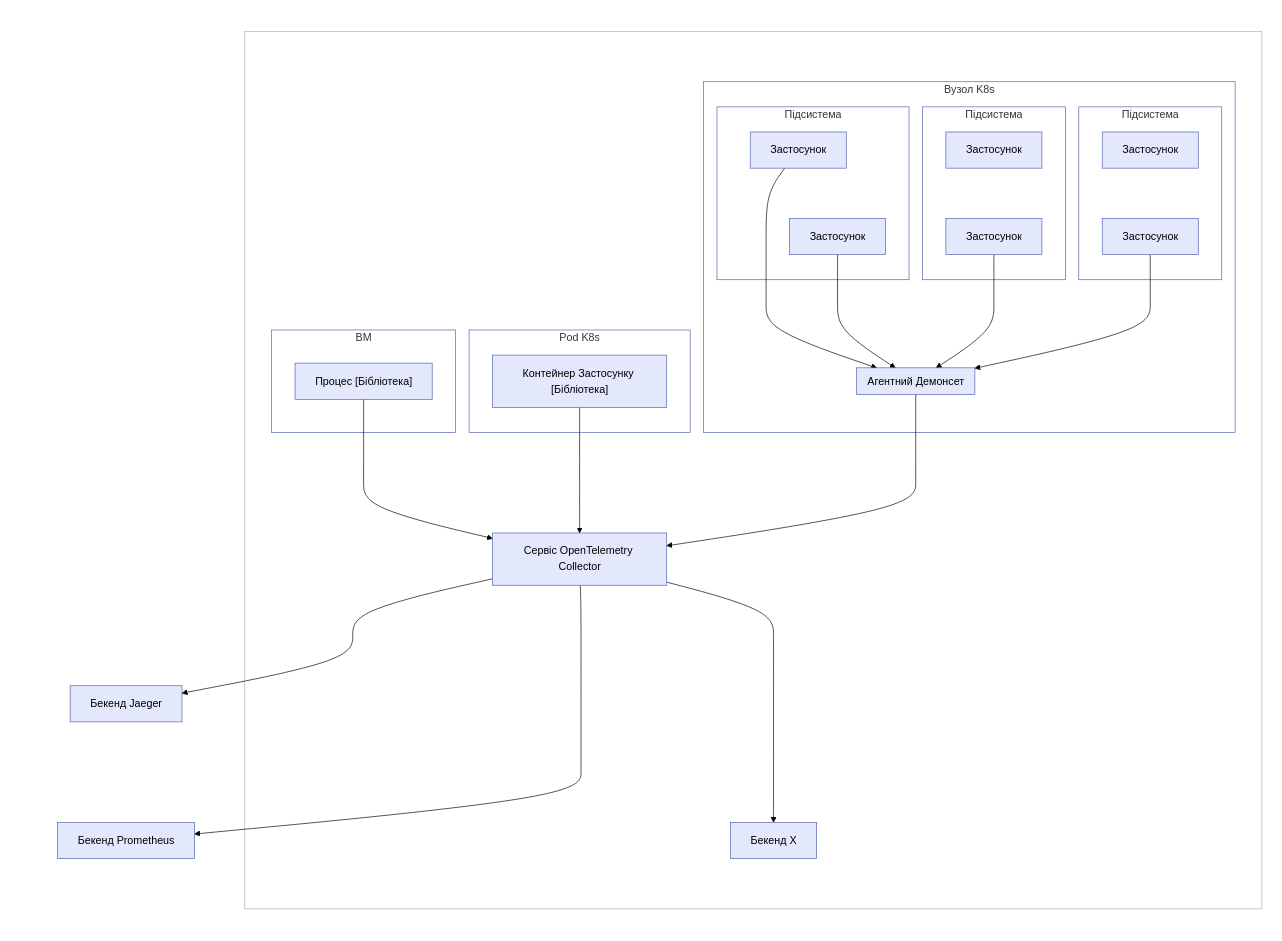
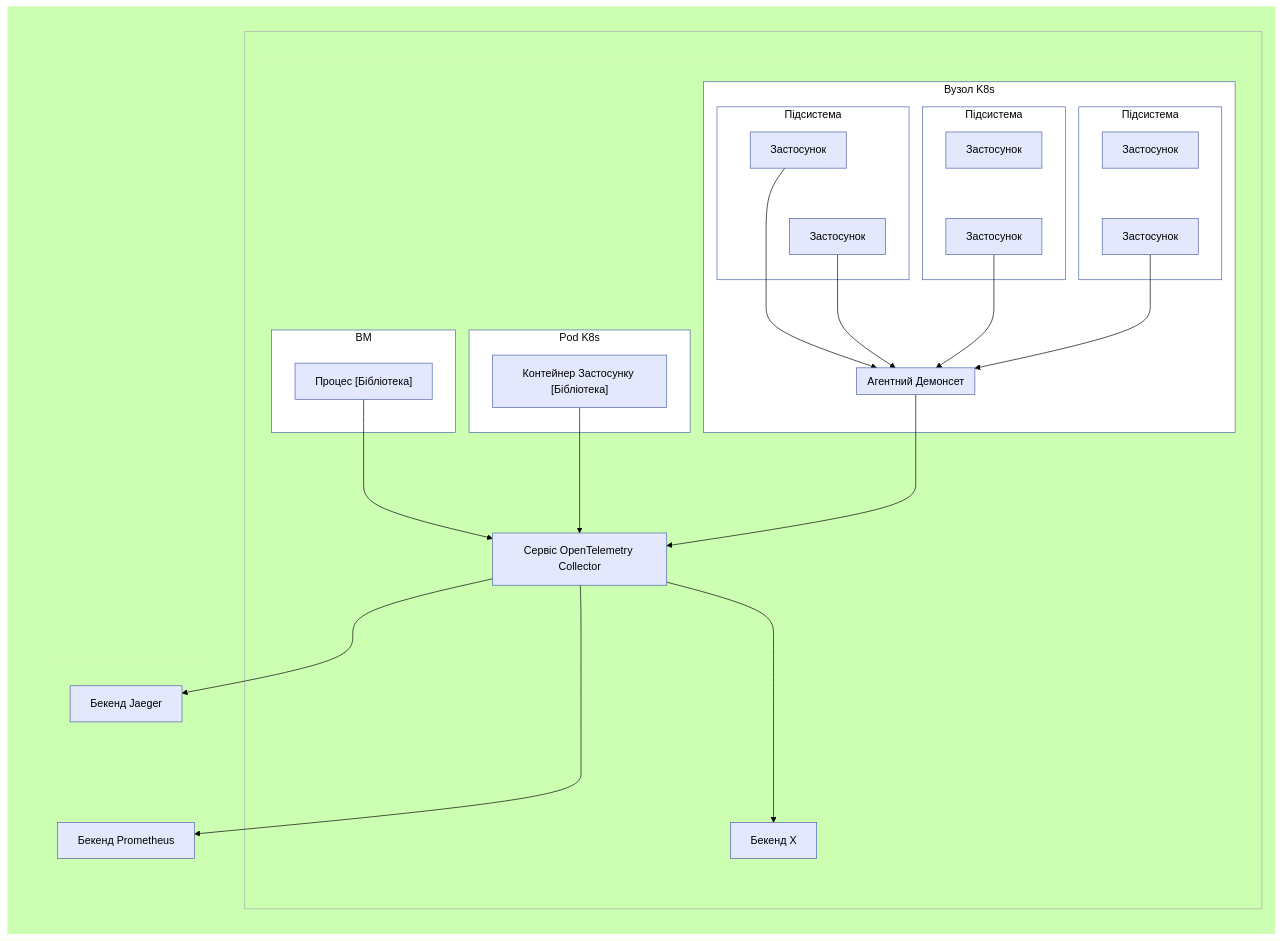
Before and after one commit to open-telemetry/opentelemetry.io: the seventh of 7 diagrams in content/uk/docs/collector/architecture.md, drawn with Mermaid (forest theme). The commit also changed other lines of this file and 191 other files, not shown here.

````diff
--- a/content/uk/docs/collector/architecture.md
+++ b/content/uk/docs/collector/architecture.md
@@ -283,58 +271,58 @@
 ```mermaid
 flowchart LR
-    subgraph S1 ["#nbsp;"]
-        subgraph S2 ["#nbsp;"]
+  subgraph S1 ["#nbsp;"]
+      subgraph S2 ["#nbsp;"]
         subgraph S3 ["#nbsp;"]
-        subgraph VM [ВМ]
-            PR["Процес [Бібліотека]"]
-        end
-        subgraph K8s-pod [Pod K8s]
-            AC["`Контейнер Застосунку [Бібліотека]`"]
-        end
-        subgraph K8s-node [Вузол K8s]
-            subgraph Pod1 [Підсистема]
-                APP1[Застосунок] ~~~ APP2[Застосунок]
-            end
-            subgraph Pod2 [Підсистема]
-                APP3[Застосунок] ~~~ APP4[Застосунок]
-            end
-            subgraph Pod3 [Підсистема]
-                APP5[Застосунок] ~~~ APP6[Застосунок]
-            end
-            subgraph AD [Агентний Демонсет]
-            end
-            APP1 --> AD
-            APP2 --> AD
-            APP4 --> AD
-            APP6 --> AD
-        end
+          subgraph VM [ВМ]
+              PR["Процес [Бібліотека]"]
+          end
+          subgraph K8s-pod [Pod K8s]
+              AC["`Контейнер Застосунку [Бібліотека]`"]
+          end
+          subgraph K8s-node [Вузол K8s]
+              subgraph Pod1 [Підсистема]
+                  APP1[Застосунок] ~~~ APP2[Застосунок]
+              end
+              subgraph Pod2 [Підсистема]
+                  APP3[Застосунок] ~~~ APP4[Застосунок]
+              end
+              subgraph Pod3 [Підсистема]
+                  APP5[Застосунок] ~~~ APP6[Застосунок]
+              end
+              subgraph AD [Агентний Демонсет]
+              end
+              APP1 --> AD
+              APP2 --> AD
+              APP4 --> AD
+              APP6 --> AD
+          end
         end
         subgraph S4 ["#nbsp;"]
             PR --> OTEL["`Сервіс OpenTelemetry Collector`"]
             AC --> OTEL
             AD --> OTEL
             OTEL ---> BE[Бекенд X]
         end
-        end
-        subgraph S5 ["#nbsp;"]
+      end
+      subgraph S5 ["#nbsp;"]
         subgraph S6 ["#nbsp;"]
             JA[Бекенд Jaeger]
         end
         subgraph S7 ["#nbsp;"]
             PRM[Бекенд Prometheus]
         end
-        end
-        JA ~~~ PRM
-        OTEL --> JA
-        OTEL --> PRM
-    end
+      end
+      JA ~~~ PRM
+      OTEL --> JA
+      OTEL --> PRM
+  end
 
 class S1,S3,S4,S5,S6,S7,S8 noLines;
 class VM,K8s-pod,K8s-node,Pod1,Pod2,Pod3 withLines;
 class S2 lightLines
 class PR,AC,APP1,APP2,APP3,APP4,APP5,APP6,AD,OTEL,BE,JA,PRM nodeStyle
-classDef noLines fill:#fff,stroke:#fff,stroke-width:4px;
-classDef withLines fill:#fff,stroke:#4f62ad
-classDef lightLines fill:#fff,stroke:#acaeb0
-classDef nodeStyle fill:#e3e8fc,stroke:#4f62ad;
+classDef noLines stroke-width:0px,color:#000000;
+classDef withLines fill:#fff,stroke:#4f62ad,color:#000000;
+classDef lightLines stroke:#acaeb0,color:#000000;
+classDef nodeStyle fill:#e3e8fc,stroke:#4f62ad,color:#000000;
 ```
````
